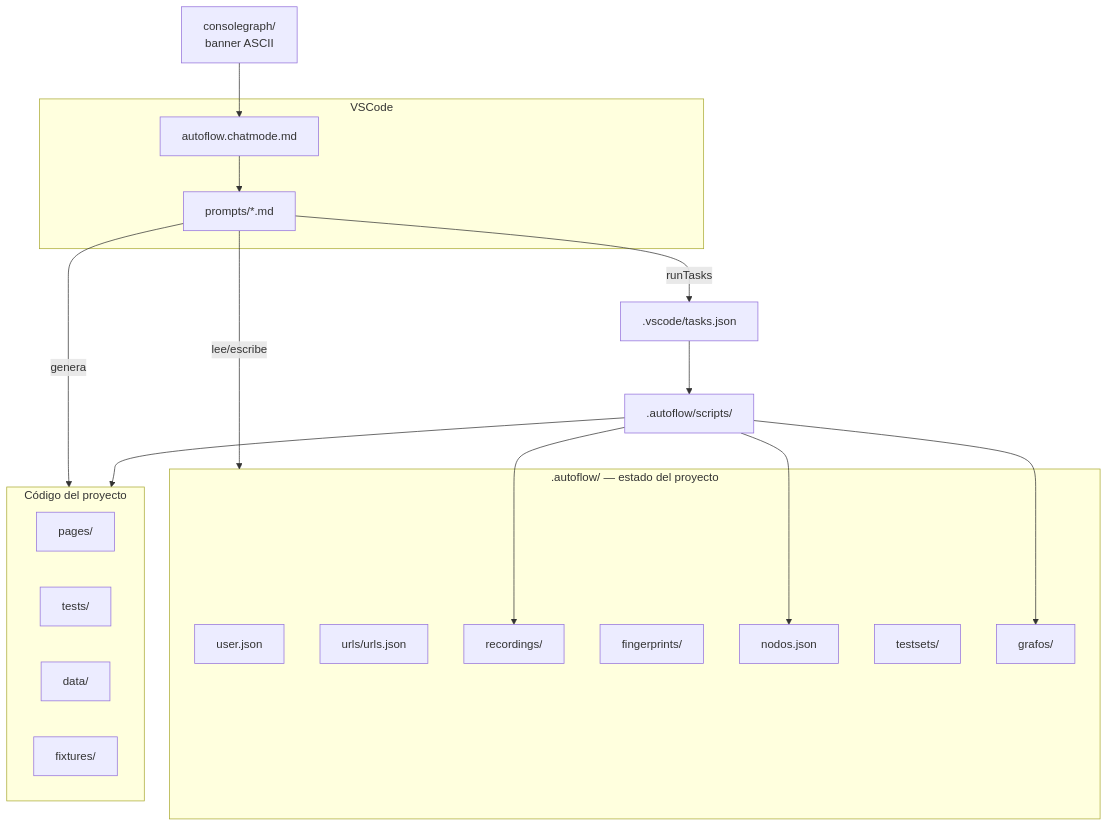
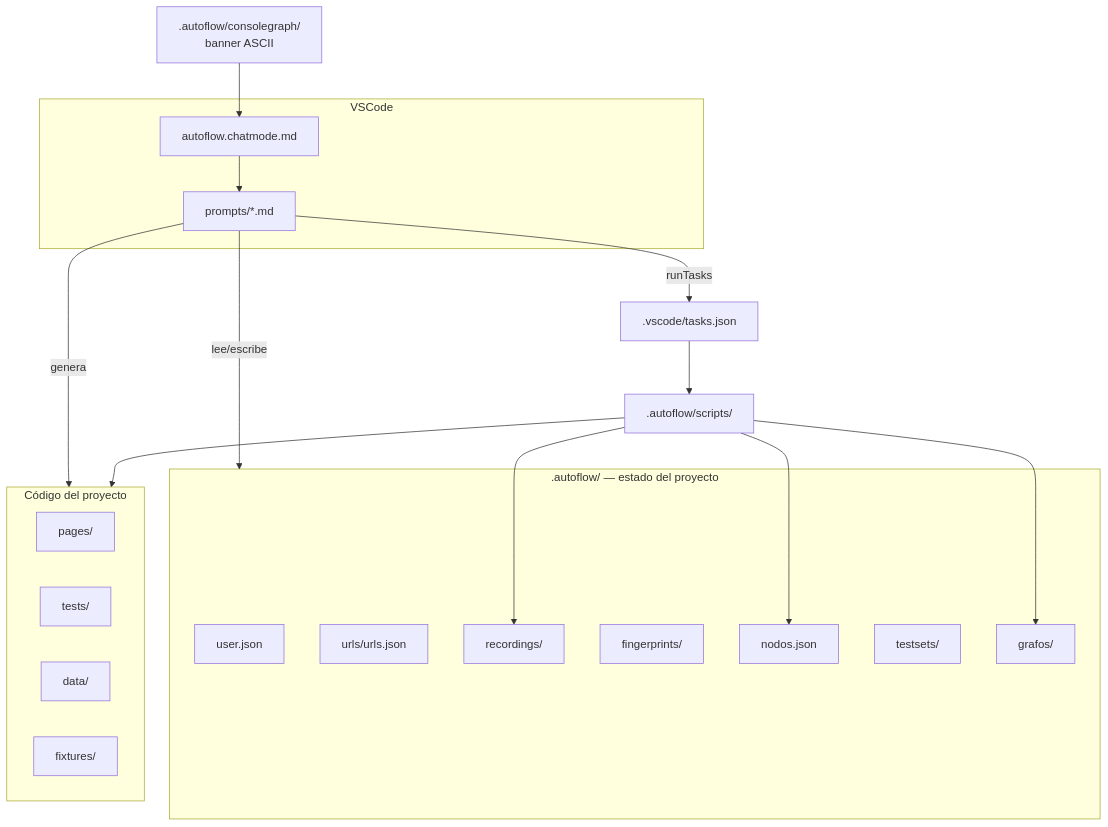
One commit to blass1/AutoFlowAgent changed the second of 3 diagrams in README.md. Above: the diagram before and after it, drawn with Mermaid. The commit also changed other lines of this file and 7 other files, not shown here.

````diff
--- a/README.md
+++ b/README.md
@@ -62,36 +62,36 @@
 ```mermaid
 flowchart TB
     subgraph VSCode
       ChatMode[autoflow.chatmode.md]
       SubPrompts[prompts/*.md]
       ChatMode --> SubPrompts
     end
 
     subgraph Estado[".autoflow/ — estado del proyecto"]
       User[user.json]
       Urls[urls/urls.json]
       Recordings[recordings/]
       Fingerprints[fingerprints/]
       Nodos[nodos.json]
       TestSets[testsets/]
       Grafos[grafos/]
     end
 
-    Banner[consolegraph/<br/>banner ASCII] --> ChatMode
+    Banner[.autoflow/consolegraph/<br/>banner ASCII] --> ChatMode
 
     subgraph Codigo[Código del proyecto]
       PagesDir[pages/]
       TestsDir[tests/]
       DataDir[data/]
       Fixtures[fixtures/]
     end
 
     SubPrompts -- lee/escribe --> Estado
     SubPrompts -- genera --> Codigo
     SubPrompts -- runTasks --> Tasks[.vscode/tasks.json]
     Tasks --> NodeScripts[.autoflow/scripts/]
     NodeScripts --> Recordings
     NodeScripts --> Nodos
     NodeScripts --> Grafos
     NodeScripts --> Codigo
 ```
````
